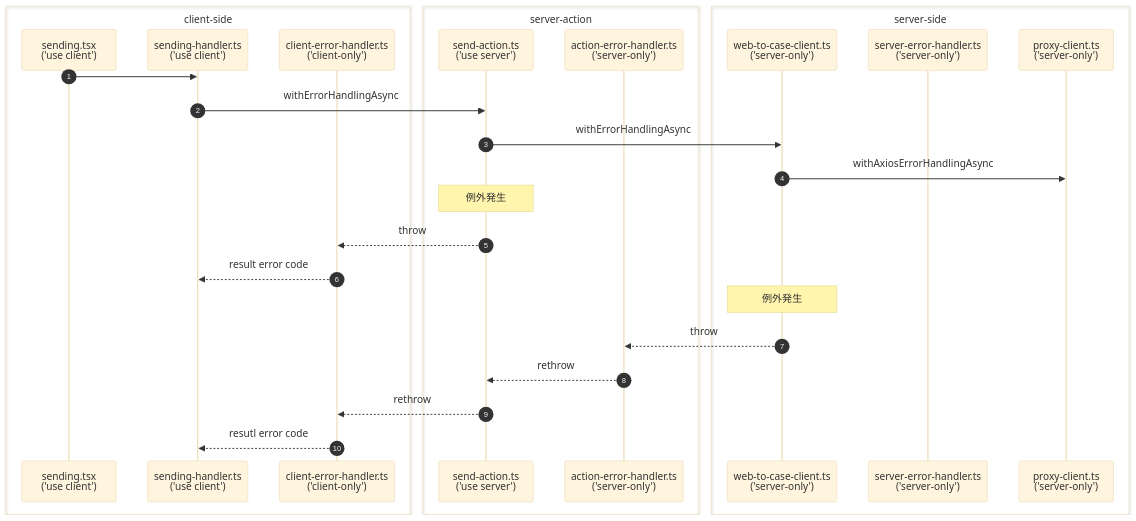
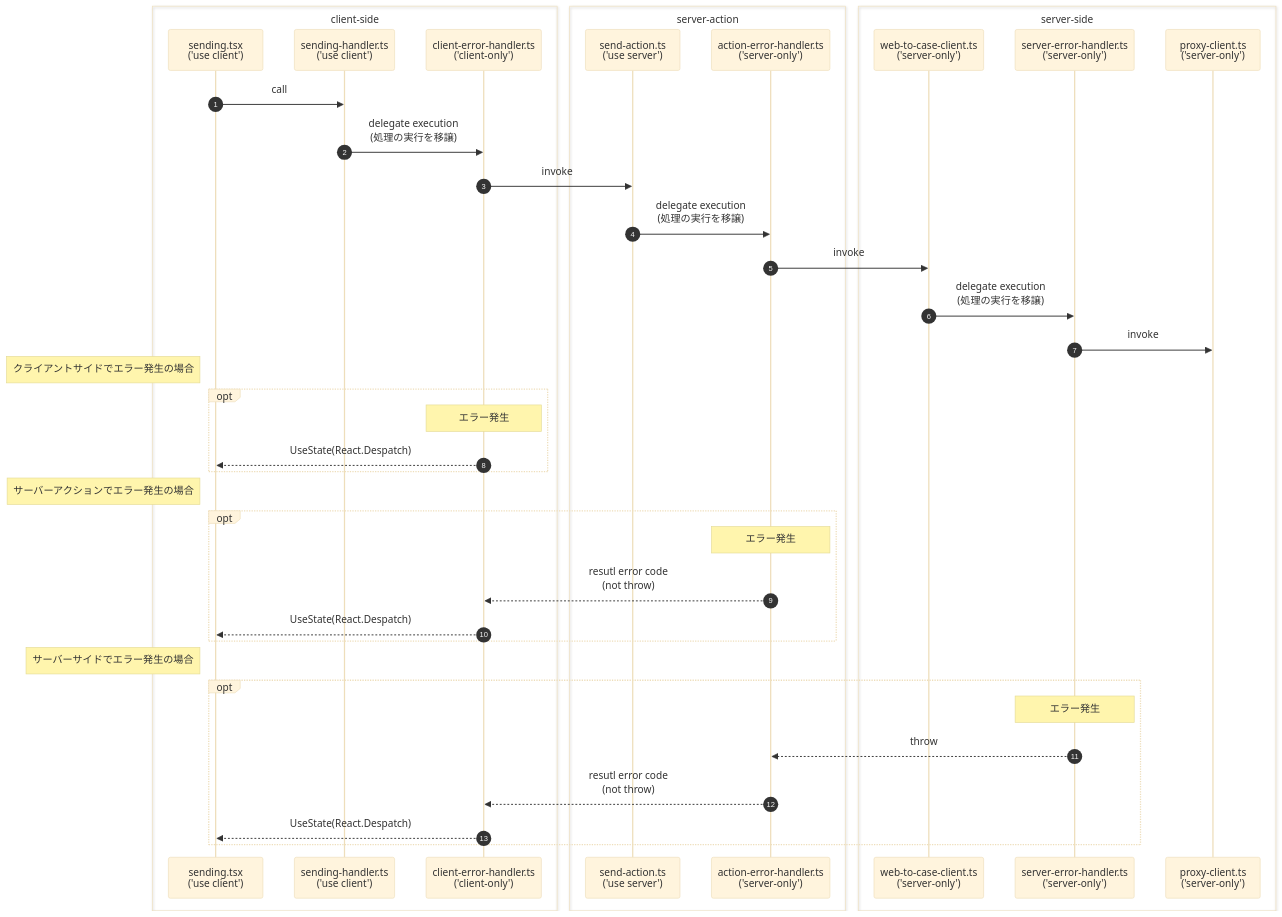
The diagram in _docs/contact/error-handling-sequence.md (sudo-yoko/portfolio-nextjs), drawn with Mermaid (base theme) before and after one commit.

````diff
--- a/_docs/contact/error-handling-sequence.md
+++ b/_docs/contact/error-handling-sequence.md
@@ -1,38 +1,54 @@
 ```mermaid
 
 sequenceDiagram
 autonumber
 
 box client-side
   participant S as sending.tsx<br>('use client')
   participant SH as sending-handler.ts<br>('use client')
   participant CEH as client-error-handler.ts<br>('client-only')
 end
 
 box server-action
   participant SA as send-action.ts<br>('use server')
   participant AEH as action-error-handler.ts<br>('server-only')
 end
 
 box server-side
   participant WCC as web-to-case-client.ts<br>('server-only')
   participant SEH as server-error-handler.ts<br>('server-only')
   participant PC as proxy-client.ts<br>('server-only')
 end
 
-S->>SH: 
-SH->>SA: withErrorHandlingAsync
-SA->>WCC: withErrorHandlingAsync
-WCC->>PC: withAxiosErrorHandlingAsync
+S->>SH: call
+SH->>CEH: delegate execution<br>(処理の実行を移譲)
+CEH->>SA: invoke
+SA->>AEH: delegate execution<br>(処理の実行を移譲)
+AEH->>WCC: invoke
+WCC->>SEH: delegate execution<br>(処理の実行を移譲)
+SEH->>PC: invoke
 
-Note over SA: 例外発生
-SA-->>CEH: throw
-CEH-->>SH: result error code
+Note left of S: クライアントサイドでエラー発生の場合
+opt
+  Note over CEH: エラー発生
+  CEH-->>S: UseState(React.Despatch)
+end
 
-Note over WCC: 例外発生
-WCC-->>AEH: throw
-AEH-->>SA: rethrow
-SA-->>CEH: rethrow
-CEH-->>SH: resutl error code
+Note left of S: サーバーアクションでエラー発生の場合
+opt
+  Note over AEH: エラー発生
+  AEH-->>CEH: resutl error code<br>(not throw)
+  CEH-->>S: UseState(React.Despatch)
+end
+
+Note left of S: サーバーサイドでエラー発生の場合
+opt
+  Note over SEH: エラー発生
+  SEH-->>AEH: throw
+  AEH-->>CEH: resutl error code<br>(not throw)
+  CEH-->>S: UseState(React.Despatch)
+end
+
+
 
 ```
````
